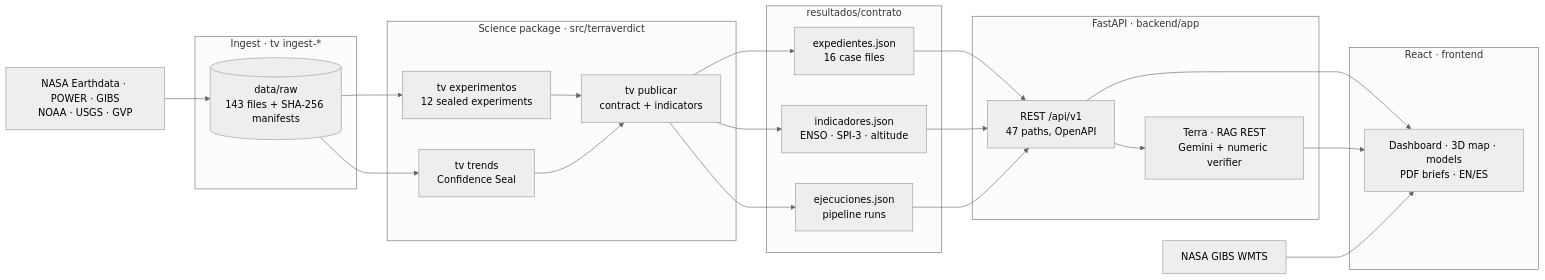
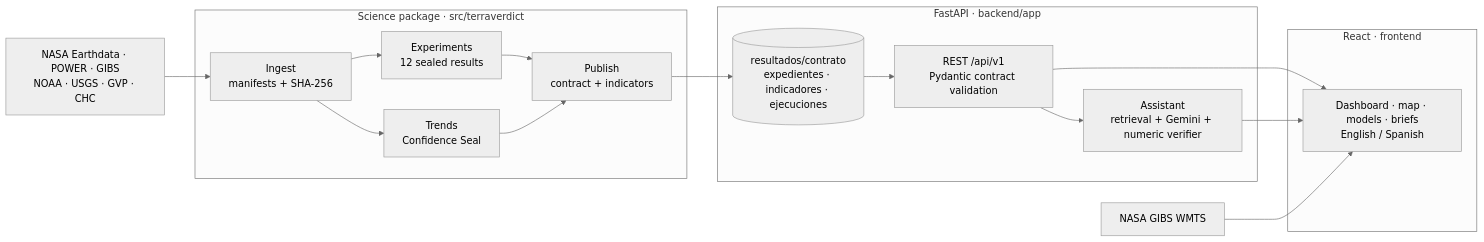
Before and after one commit to OwerLopez/terraverdict: the diagram in readme.md, drawn with Mermaid (neutral theme). The commit also changed other lines of this file and 4 other files, not shown here.

````diff
--- a/readme.md
+++ b/readme.md
@@ -121,26 +202,20 @@
 ```mermaid
 flowchart LR
-    subgraph Ingest["Ingest · tv ingest-*"]
-        RAW[(data/raw<br/>143 files + SHA-256 manifests)]
+    SRC[NASA Earthdata · POWER · GIBS<br/>NOAA · USGS · GVP · CHC] --> ING
+    subgraph Science["Science package · src/terraverdict"]
+        ING[Ingest<br/>manifests + SHA-256] --> EXP[Experiments<br/>12 sealed results]
+        ING --> TR[Trends<br/>Confidence Seal]
+        EXP & TR --> PUB[Publish<br/>contract + indicators]
     end
-    subgraph Science["Science package · src/terraverdict"]
-        EXP[tv experimentos<br/>12 sealed experiments]
-        TR[tv trends<br/>Confidence Seal]
-        PUB[tv publicar<br/>contract + indicators]
+    PUB --> K[(resultados/contrato<br/>expedientes · indicadores · ejecuciones)]
+    subgraph Service["FastAPI · backend/app"]
+        K --> API[REST /api/v1<br/>Pydantic contract validation]
+        API --> AST[Assistant<br/>retrieval + Gemini + numeric verifier]
     end
-    subgraph Contract["resultados/contrato"]
-        C1[expedientes.json<br/>16 case files]
-        C2[indicadores.json<br/>ENSO · SPI-3 · altitude]
-        C3[ejecuciones.json<br/>pipeline runs]
+    subgraph Client["React · frontend"]
+        UI[Dashboard · map · models · briefs<br/>English / Spanish]
     end
-    subgraph API["FastAPI · backend/app"]
-        R[REST /api/v1<br/>47 paths, OpenAPI]
-        AI[Terra · RAG REST<br/>Gemini + numeric verifier]
-    end
-    subgraph Web["React · frontend"]
-        UI[Dashboard · 3D map · models<br/>PDF briefs · EN/ES]
-    end
-    NASA[NASA Earthdata · POWER · GIBS<br/>NOAA · USGS · GVP] --> RAW --> EXP & TR --> PUB --> C1 & C2 & C3 --> R --> UI
-    R --> AI --> UI
+    API --> UI
+    AST --> UI
     GIBS[NASA GIBS WMTS] --> UI
 ```
````
